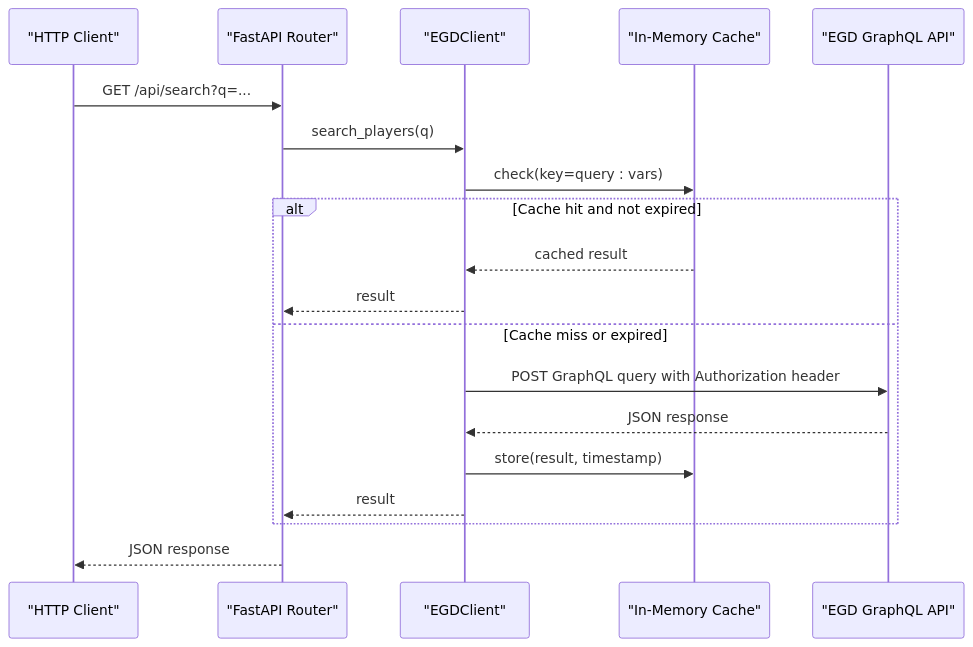
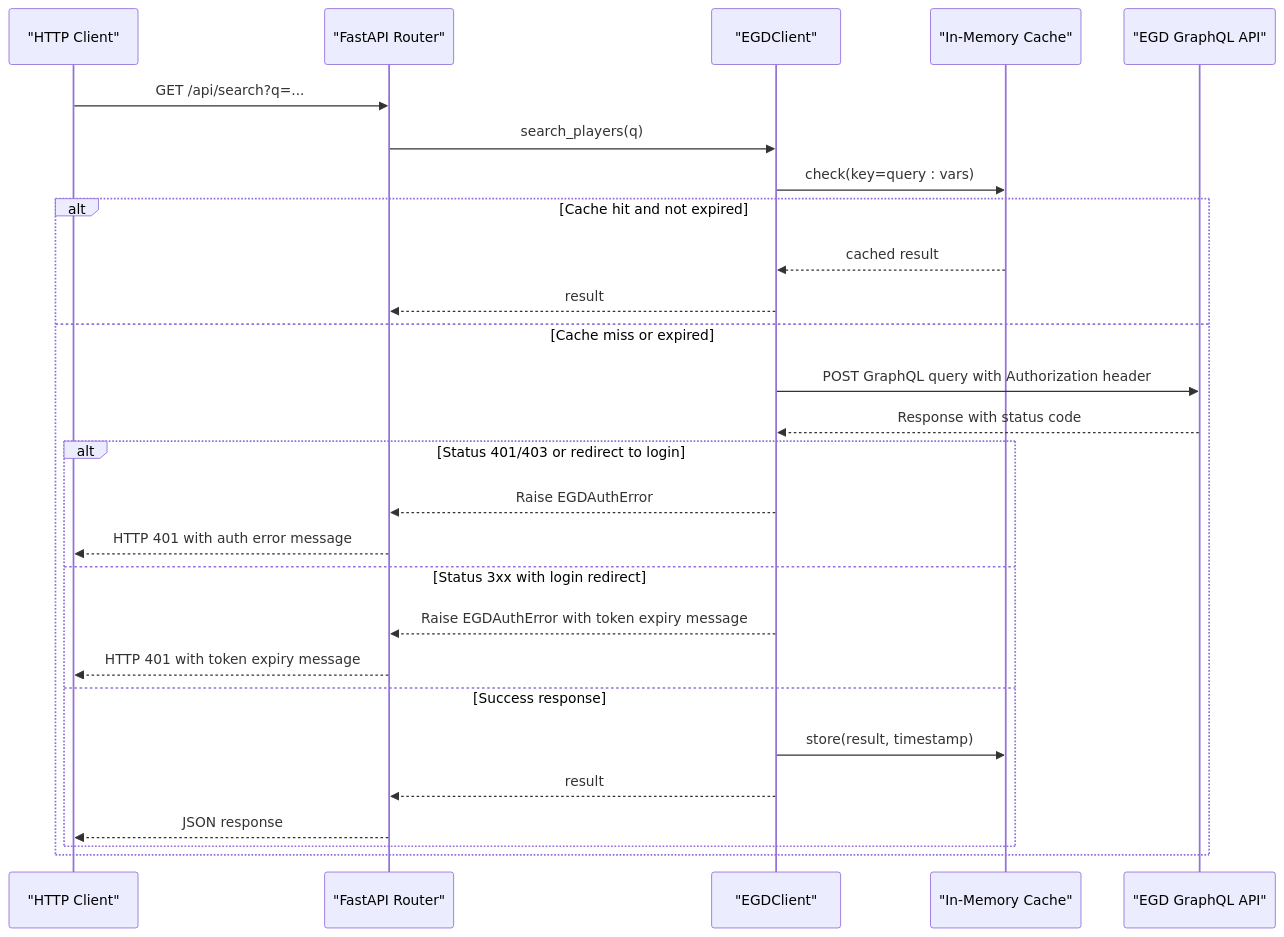
The second of 7 diagrams in .qoder/repowiki/en/content/Backend Documentation/Service Layer/EGD Client.md (Ragnar1999/GoNow), drawn with Mermaid before and after one commit. The commit also changed other lines of this file and 13 other files, not shown here.

````diff
--- a/.qoder/repowiki/en/content/Backend Documentation/Service Layer/EGD Client.md
+++ b/.qoder/repowiki/en/content/Backend Documentation/Service Layer/EGD Client.md
@@ -90,21 +110,29 @@
 ```mermaid
 sequenceDiagram
 participant Client as "HTTP Client"
 participant Router as "FastAPI Router"
 participant Service as "EGDClient"
 participant Cache as "In-Memory Cache"
 participant EGD as "EGD GraphQL API"
 Client->>Router : GET /api/search?q=...
 Router->>Service : search_players(q)
 Service->>Cache : check(key=query : vars)
 alt Cache hit and not expired
 Cache-->>Service : cached result
 Service-->>Router : result
 else Cache miss or expired
 Service->>EGD : POST GraphQL query with Authorization header
-EGD-->>Service : JSON response
+EGD-->>Service : Response with status code
+alt Status 401/403 or redirect to login
+Service-->>Router : Raise EGDAuthError
+Router-->>Client : HTTP 401 with auth error message
+else Status 3xx with login redirect
+Service-->>Router : Raise EGDAuthError with token expiry message
+Router-->>Client : HTTP 401 with token expiry message
+else Success response
 Service->>Cache : store(result, timestamp)
 Service-->>Router : result
+Router-->>Client : JSON response
 end
-Router-->>Client : JSON response
+end
 ```
````
